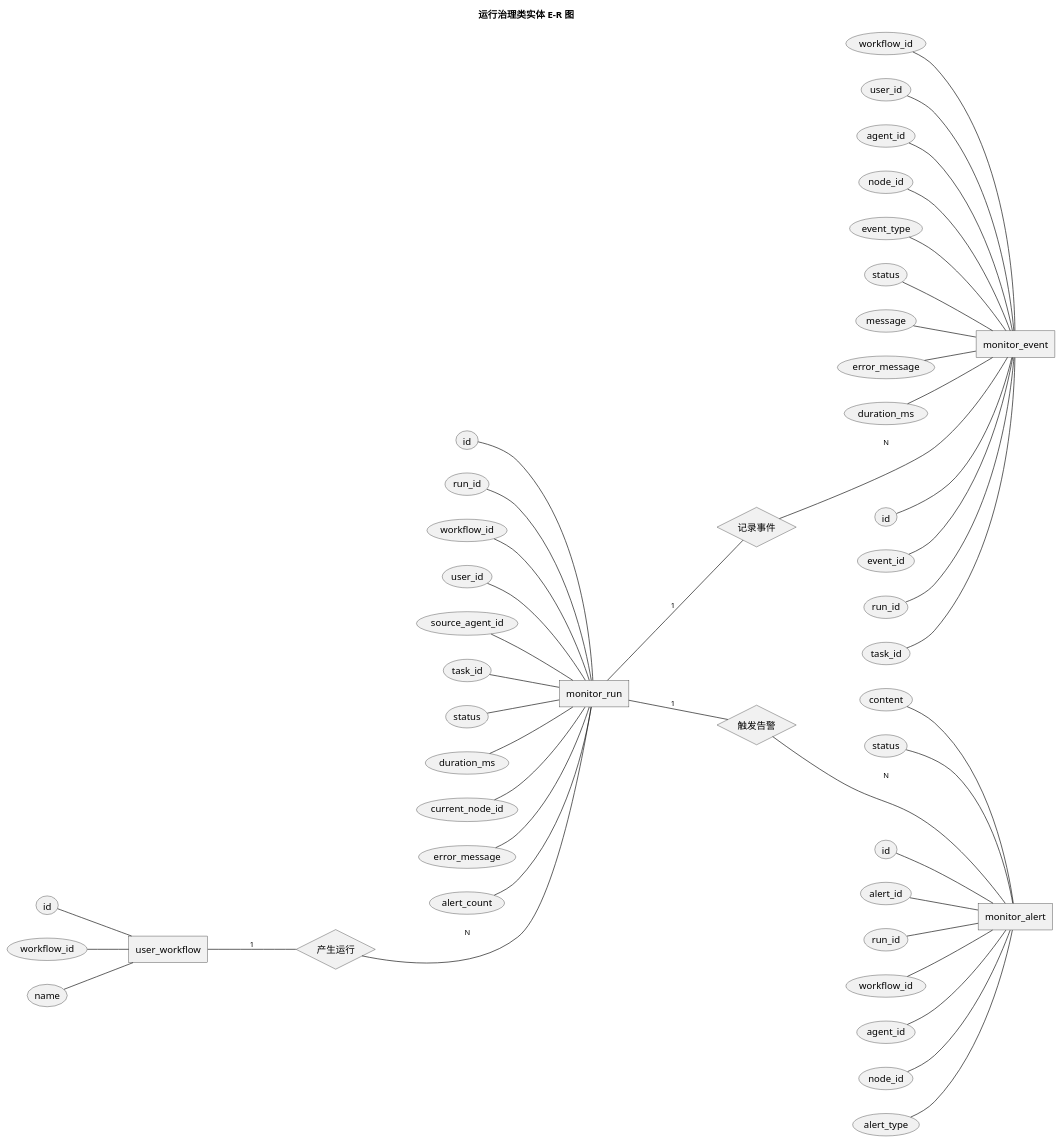
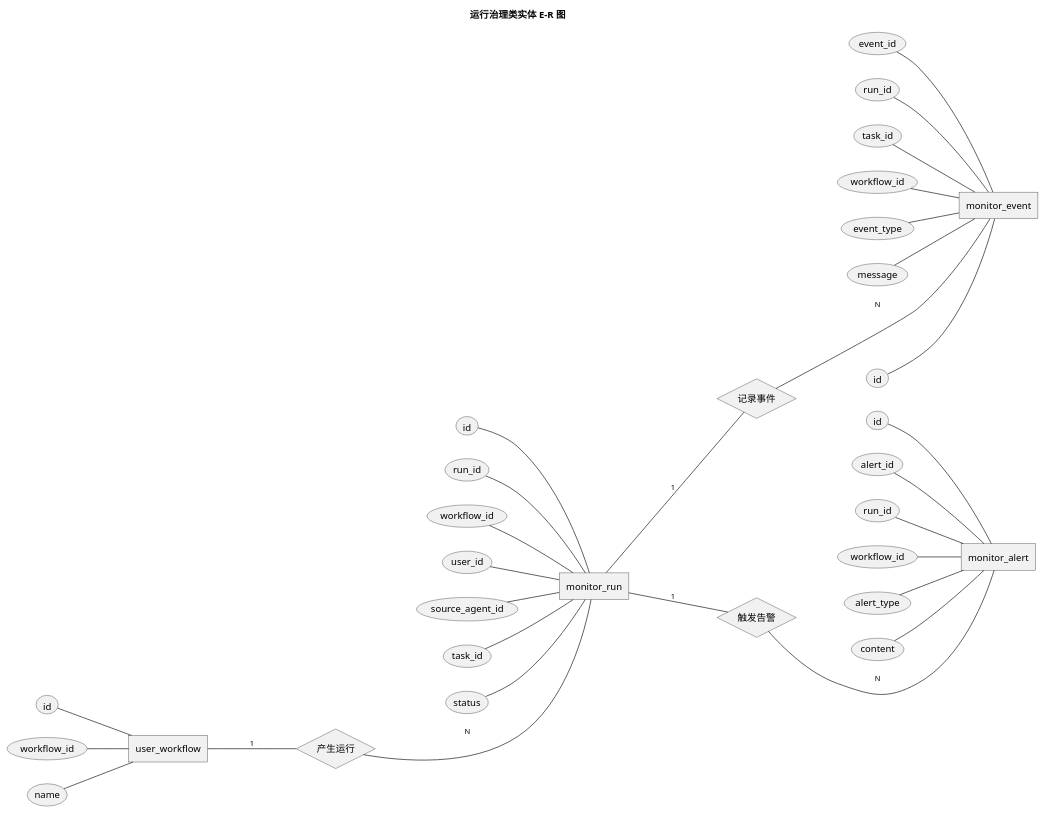
The diagram in uml图/E-R图/监控类ER图.puml (takatsuk1/bishe), drawn with PlantUML before and after one commit. The commit also changed 91 other files, not shown here.

```diff
--- a/uml图/E-R图/监控类ER图.puml
+++ b/uml图/E-R图/监控类ER图.puml
@@ -1,72 +1,59 @@
 @startchen
 title 运行治理类实体 E-R 图
 
 left to right direction
 
 entity "user_workflow" as UserWorkflow {
   id
   workflow_id
   name
 }
 
 entity "monitor_run" as MonitorRun {
   id
   run_id
   workflow_id
   user_id
   source_agent_id
   task_id
   status
-  duration_ms
-  current_node_id
-  error_message
-  alert_count
 }
 
 entity "monitor_event" as MonitorEvent {
   id
   event_id
   run_id
   task_id
   workflow_id
-  user_id
-  agent_id
-  node_id
   event_type
-  status
   message
-  error_message
-  duration_ms
 }
 
 entity "monitor_alert" as MonitorAlert {
   id
   alert_id
   run_id
   workflow_id
-  agent_id
-  node_id
   alert_type
   content
-  status
 }
 
 relationship "产生运行" as HasRun {
 }
 
 relationship "记录事件" as HasEvent {
 }
 
 relationship "触发告警" as HasAlert {
 }
 
 UserWorkflow -1- HasRun
 HasRun -N- MonitorRun
 
 MonitorRun -1- HasEvent
 HasEvent -N- MonitorEvent
 
 MonitorRun -1- HasAlert
 HasAlert -N- MonitorAlert
 
 @endchen
```
